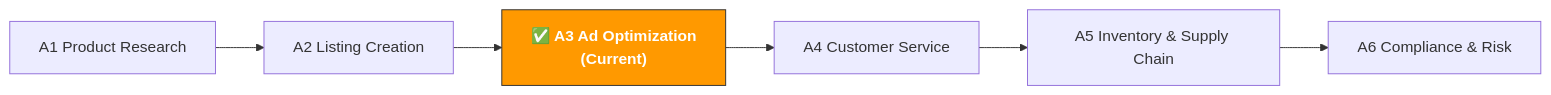
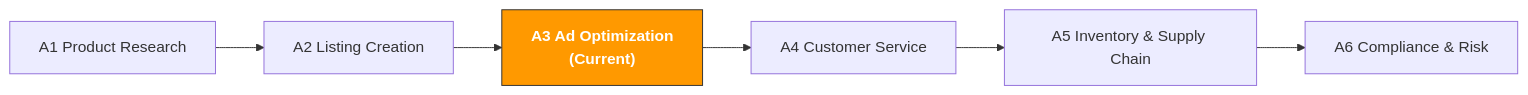
The diagram in en/paths/a-operators/a3-advertising.md (kangise/ecommerce-ai-roadmap), drawn with Mermaid before and after one commit. The commit also changed other lines of this file and 185 other files, not shown here.

````diff
--- a/en/paths/a-operators/a3-advertising.md
+++ b/en/paths/a-operators/a3-advertising.md
@@ -13,15 +13,15 @@
 ```mermaid
 flowchart LR
-    A1["A1 Product Research"]
-    A1 --> A2
-    A2["A2 Listing Creation"]
-    A2 --> A3
-    A3["✅ A3 Ad Optimization<br/>(Current)"]:::current
-    A3 --> A4
-    A4["A4 Customer Service"]
-    A4 --> A5
-    A5["A5 Inventory & Supply Chain"]
-    A5 --> A6
-    A6["A6 Compliance & Risk"]
-    classDef current fill:#ff9900,stroke:#333,color:#fff,font-weight:bold
+A1["A1 Product Research"]
+A1 --> A2
+A2["A2 Listing Creation"]
+A2 --> A3
+A3[" A3 Ad Optimization<br/>(Current)"]:::current
+A3 --> A4
+A4["A4 Customer Service"]
+A4 --> A5
+A5["A5 Inventory & Supply Chain"]
+A5 --> A6
+A6["A6 Compliance & Risk"]
+classDef current fill:#ff9900,stroke:#333,color:#fff,font-weight:bold
 ```
````
